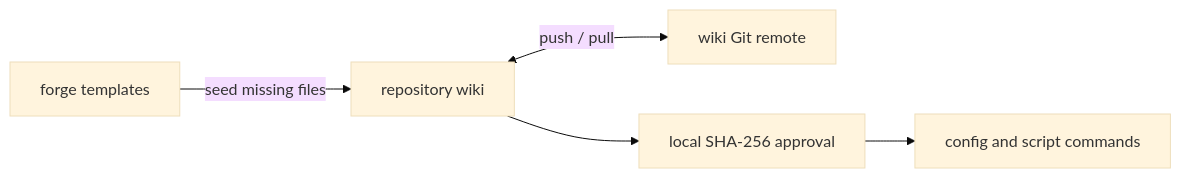
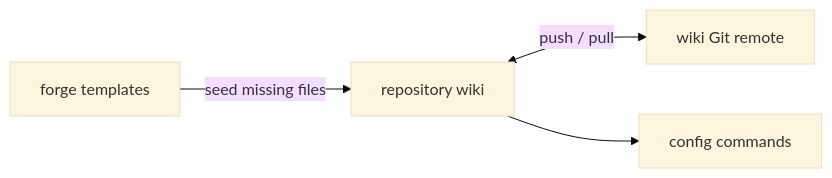
One commit to alexradunet/forge-engineering changed the diagram in docs/wiki.md. Above: the diagram before and after it, drawn with Mermaid (base theme). The commit also changed other lines of this file and 25 other files, not shown here.

First line of the commit message:
Forge 14.1.0: remove hash trust and run; gateGuard off only by FORGE_GATE_GUARD; rule page change notice

````diff
--- a/docs/wiki.md
+++ b/docs/wiki.md
@@ -7,7 +7,6 @@
 ```mermaid
 flowchart LR
   templates["forge templates"] -- seed missing files --> wiki["repository wiki"]
   wiki <-->|push / pull| remote["wiki Git remote"]
-  wiki --> trust["local SHA-256 approval"]
-  trust --> forge["config and script commands"]
+  wiki --> forge["config commands"]
 ```
````
